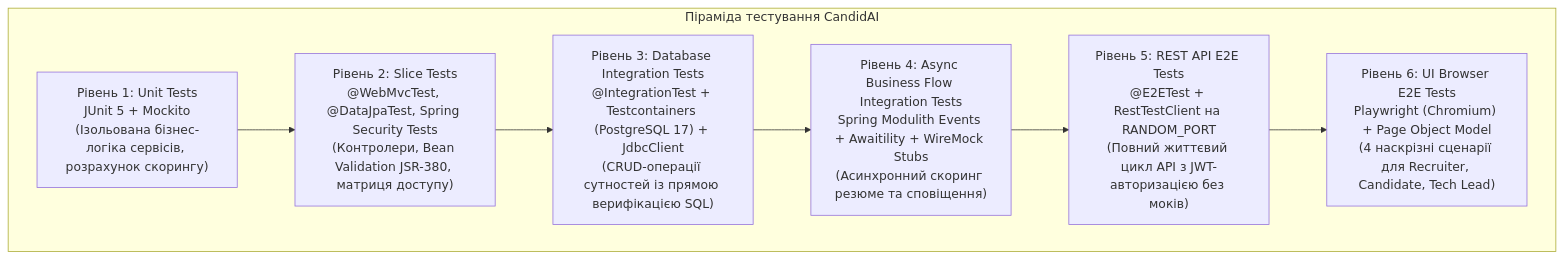
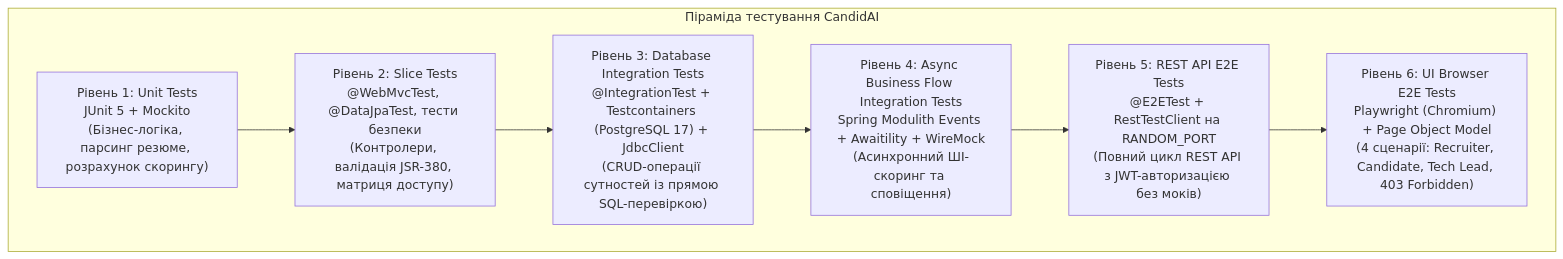
One commit to humaNukr/CandidAI changed the diagram in docs/practice-8-report.md. Above: the diagram before and after it, drawn with Mermaid. The commit also changed other lines of this file, not shown here.

Commit message:
docs(report): polish practice 8 report, remove AI slop, and update test metrics

````diff
--- a/docs/practice-8-report.md
+++ b/docs/practice-8-report.md
@@ -11,17 +9,17 @@
 ```mermaid
 flowchart TD
     subgraph Pyramid ["Піраміда тестування CandidAI"]
-        L6["Рівень 6: UI Browser E2E Tests\nPlaywright (Chromium) + Page Object Model\n(4 наскрізні сценарії для Recruiter, Candidate, Tech Lead)"]
-        L5["Рівень 5: REST API E2E Tests\n@E2ETest + RestTestClient на RANDOM_PORT\n(Повний життєвий цикл API з JWT-авторизацією без моків)"]
-        L4["Рівень 4: Async Business Flow Integration Tests\nSpring Modulith Events + Awaitility + WireMock Stubs\n(Асинхронний скоринг резюме та сповіщення)"]
-        L3["Рівень 3: Database Integration Tests\n@IntegrationTest + Testcontainers (PostgreSQL 17) + JdbcClient\n(CRUD-операції сутностей із прямою верифікацією SQL)"]
-        L2["Рівень 2: Slice Tests\n@WebMvcTest, @DataJpaTest, Spring Security Tests\n(Контролери, Bean Validation JSR-380, матриця доступу)"]
-        L1["Рівень 1: Unit Tests\nJUnit 5 + Mockito\n(Ізольована бізнес-логіка сервісів, розрахунок скорингу)"]
+        L6["Рівень 6: UI Browser E2E Tests\nPlaywright (Chromium) + Page Object Model\n(4 сценарії: Recruiter, Candidate, Tech Lead, 403 Forbidden)"]
+        L5["Рівень 5: REST API E2E Tests\n@E2ETest + RestTestClient на RANDOM_PORT\n(Повний цикл REST API з JWT-авторизацією без моків)"]
+        L4["Рівень 4: Async Business Flow Integration Tests\nSpring Modulith Events + Awaitility + WireMock\n(Асинхронний ШІ-скоринг та сповіщення)"]
+        L3["Рівень 3: Database Integration Tests\n@IntegrationTest + Testcontainers (PostgreSQL 17) + JdbcClient\n(CRUD-операції сутностей із прямою SQL-перевіркою)"]
+        L2["Рівень 2: Slice Tests\n@WebMvcTest, @DataJpaTest, тести безпеки\n(Контролери, валідація JSR-380, матриця доступу)"]
+        L1["Рівень 1: Unit Tests\nJUnit 5 + Mockito\n(Бізнес-логіка, парсинг резюме, розрахунок скорингу)"]
     end
 
     L1 --> L2
     L2 --> L3
     L3 --> L4
     L4 --> L5
     L5 --> L6
 ```
````
